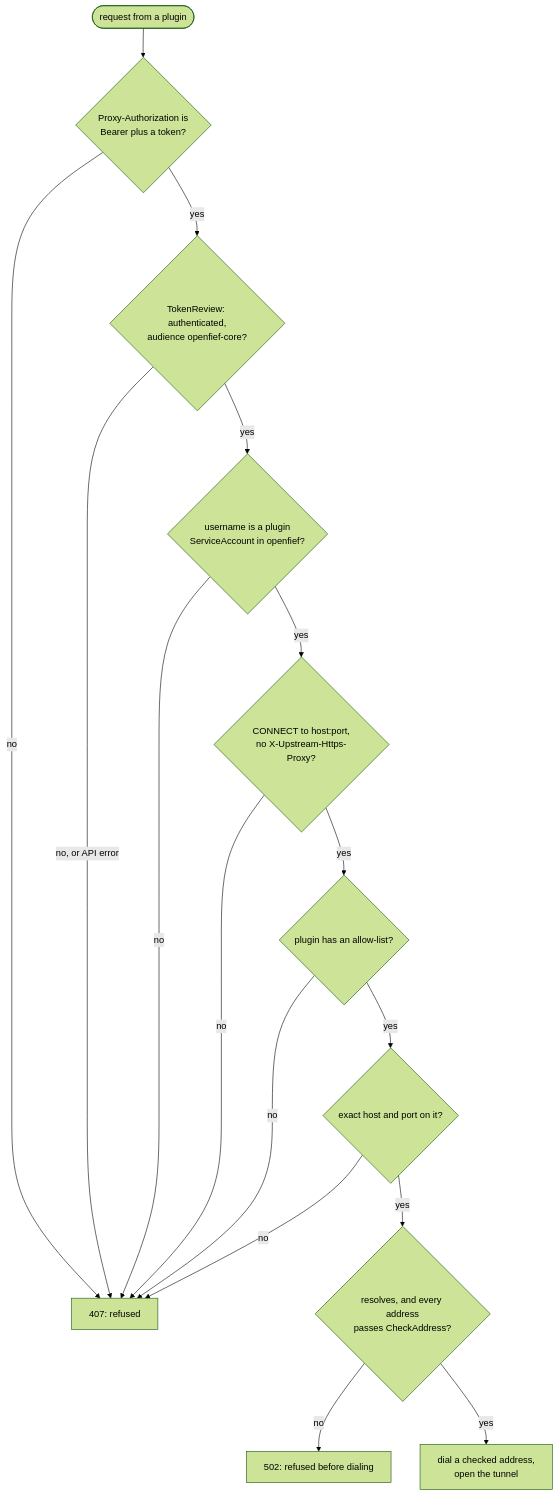
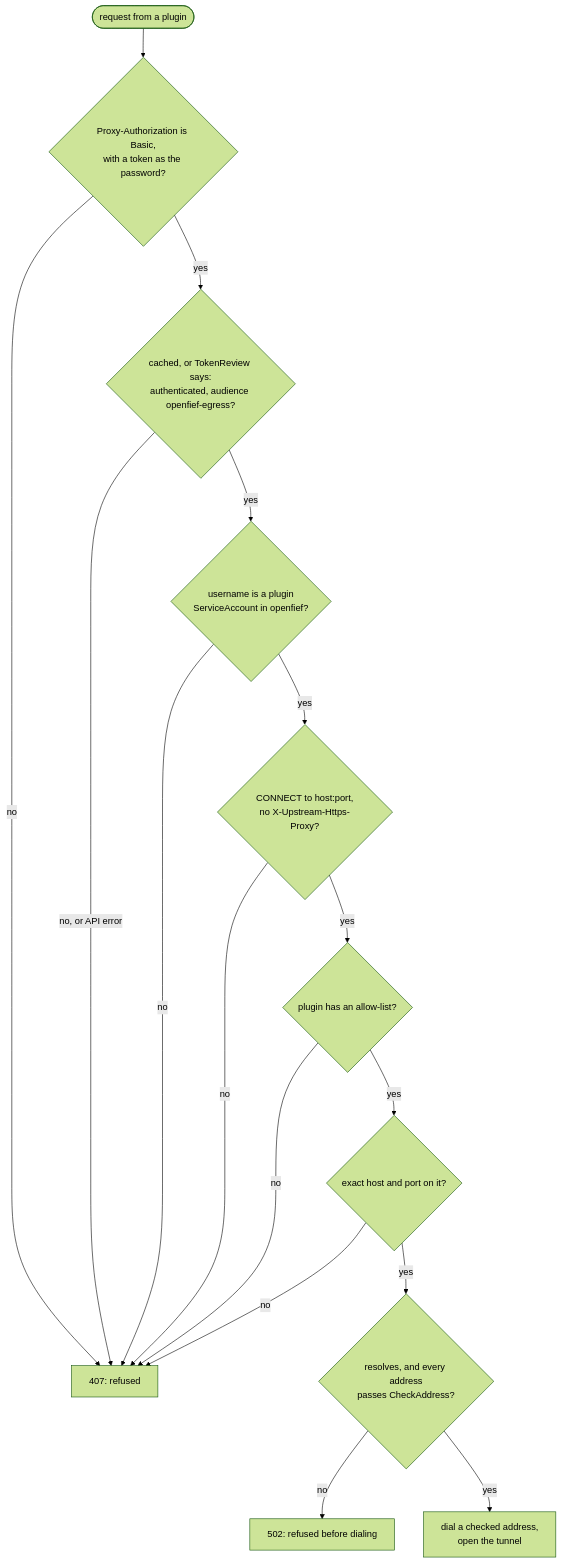
The second of 2 diagrams in docs/concepts/egress.md (arkadiuss/openfief), drawn with Mermaid (forest theme) before and after one commit. The commit also changed other lines of this file and 5 other files, not shown here.

First line of the commit message:
docs: bring architecture and concept pages up to main

````diff
--- a/docs/concepts/egress.md
+++ b/docs/concepts/egress.md
@@ -72,18 +80,18 @@
 ```mermaid
 flowchart TD
-  start(["request from a plugin"]) --> hdr{"Proxy-Authorization is<br/>Bearer plus a token?"}
+  start(["request from a plugin"]) --> hdr{"Proxy-Authorization is Basic,<br/>with a token as the password?"}
   hdr -- no --> deny["407: refused"]
-  hdr -- yes --> tr{"TokenReview: authenticated,<br/>audience openfief-core?"}
+  hdr -- yes --> tr{"cached, or TokenReview says:<br/>authenticated, audience openfief-egress?"}
   tr -- "no, or API error" --> deny
   tr -- yes --> sa{"username is a plugin<br/>ServiceAccount in openfief?"}
   sa -- no --> deny
   sa -- yes --> conn{"CONNECT to host:port,<br/>no X-Upstream-Https-Proxy?"}
   conn -- no --> deny
   conn -- yes --> has{"plugin has an allow-list?"}
   has -- no --> deny
   has -- yes --> on{"exact host and port on it?"}
   on -- no --> deny
   on -- yes --> addr{"resolves, and every address<br/>passes CheckAddress?"}
   addr -- no --> bad["502: refused before dialing"]
   addr -- yes --> ok["dial a checked address,<br/>open the tunnel"]
 ```
````
